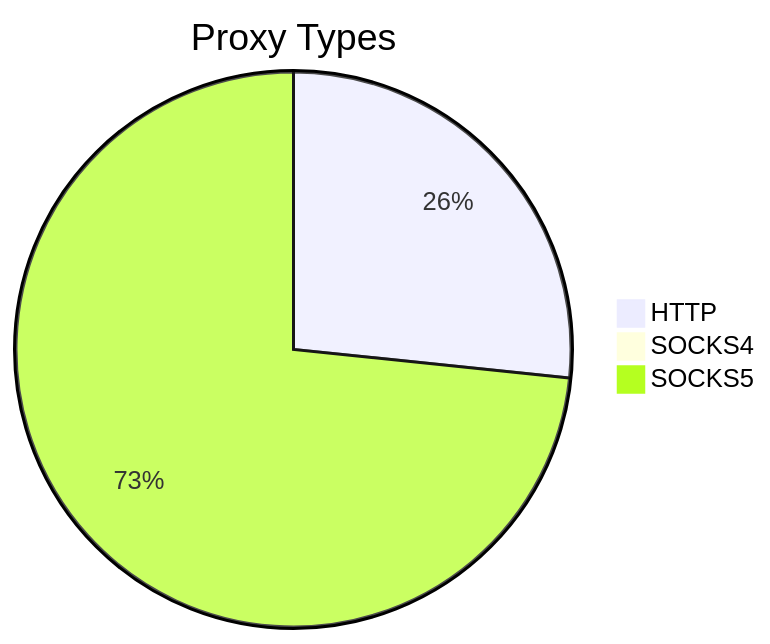
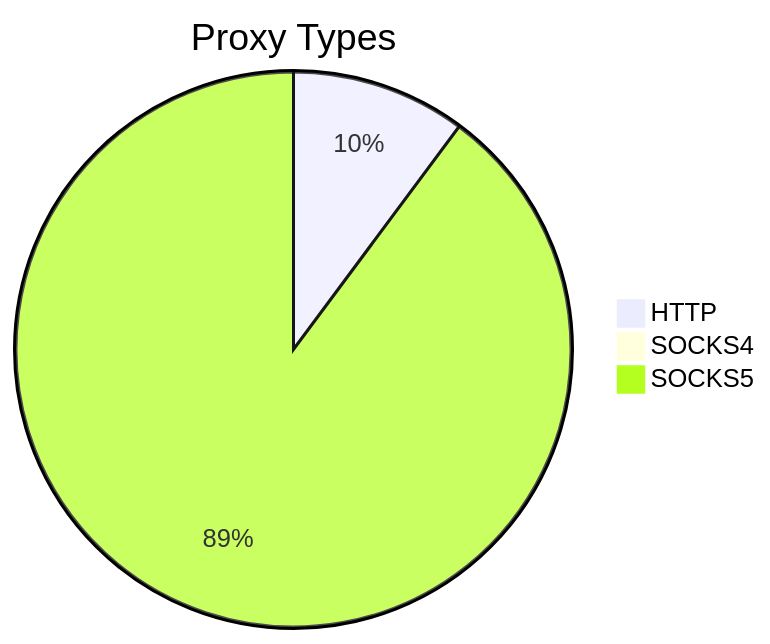
The first of 2 diagrams in README.md (stormsia/proxy-list), drawn with Mermaid before and after one commit. The commit also changed other lines of this file, not shown here.

````diff
--- a/README.md
+++ b/README.md
@@ -21,6 +21,6 @@
 ```mermaid
 pie title Proxy Types
-    "HTTP" : 1109
-    "SOCKS4" : 35
-    "SOCKS5" : 3054
+    "HTTP" : 614
+    "SOCKS4" : 49
+    "SOCKS5" : 5424
 ```
````
